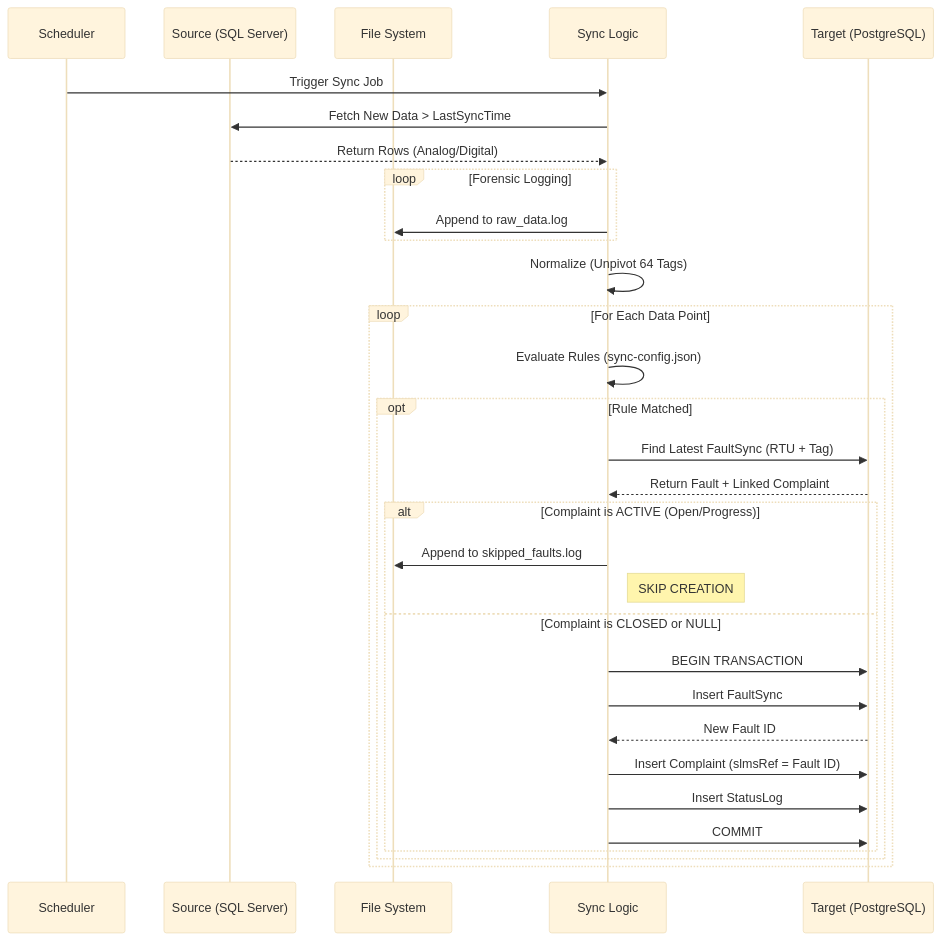
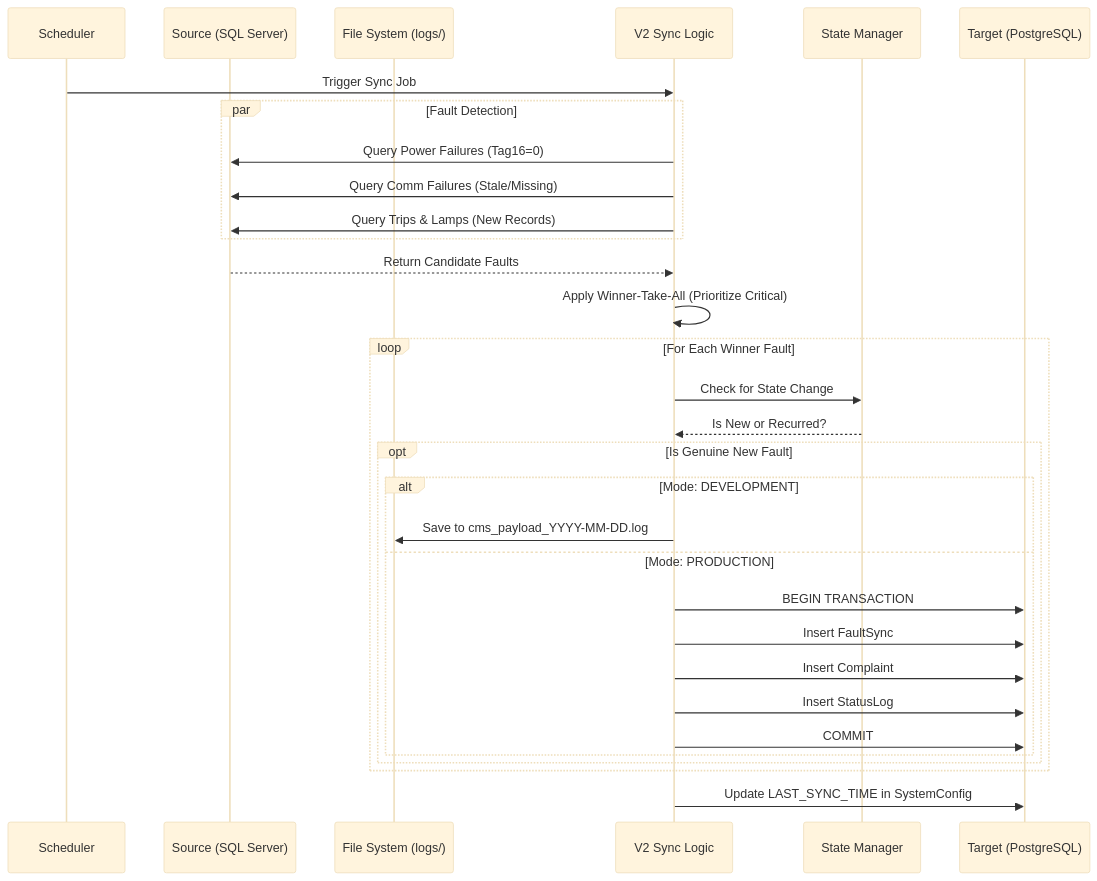
One commit to TheBunny221/sync-service-urban-voice changed the diagram in docs/02_workflow.md. Above: the diagram before and after it, drawn with Mermaid (base theme). The commit also changed other lines of this file and 92 other files, not shown here.

````diff
--- a/docs/02_workflow.md
+++ b/docs/02_workflow.md
@@ -5,39 +5,40 @@
 ```mermaid
 sequenceDiagram
     participant Cron as Scheduler
     participant DB as Source (SQL Server)
-    participant FS as File System
-    participant Logic as Sync Logic
+    participant FS as File System (logs/)
+    participant Logic as V2 Sync Logic
+    participant State as State Manager
     participant PG as Target (PostgreSQL)
 
     Cron->>Logic: Trigger Sync Job
-    Logic->>DB: Fetch New Data > LastSyncTime
-    DB-->>Logic: Return Rows (Analog/Digital)
     
-    loop Forensic Logging
-        Logic->>FS: Append to raw_data.log
+    par Fault Detection
+        Logic->>DB: Query Power Failures (Tag16=0)
+        Logic->>DB: Query Comm Failures (Stale/Missing)
+        Logic->>DB: Query Trips & Lamps (New Records)
     end
-
-    Logic->>Logic: Normalize (Unpivot 64 Tags)
     
-    loop For Each Data Point
-        Logic->>Logic: Evaluate Rules (sync-config.json)
+    DB-->>Logic: Return Candidate Faults
+    
+    Logic->>Logic: Apply Winner-Take-All (Prioritize Critical)
+    
+    loop For Each Winner Fault
+        Logic->>State: Check for State Change
+        State-->>Logic: Is New or Recurred?
         
-        opt Rule Matched
-            Logic->>PG: Find Latest FaultSync (RTU + Tag)
-            PG-->>Logic: Return Fault + Linked Complaint
-            
-            alt Complaint is ACTIVE (Open/Progress)
-                Logic->>FS: Append to skipped_faults.log
-                Note right of Logic: SKIP CREATION
-            else Complaint is CLOSED or NULL
+        opt Is Genuine New Fault
+            alt Mode: DEVELOPMENT
+                Logic->>FS: Save to cms_payload_YYYY-MM-DD.log
+            else Mode: PRODUCTION
                 Logic->>PG: BEGIN TRANSACTION
                 Logic->>PG: Insert FaultSync
-                PG-->>Logic: New Fault ID
-                Logic->>PG: Insert Complaint (slmsRef = Fault ID)
+                Logic->>PG: Insert Complaint
                 Logic->>PG: Insert StatusLog
                 Logic->>PG: COMMIT
             end
         end
     end
+    
+    Logic->>PG: Update LAST_SYNC_TIME in SystemConfig
 ```
````
